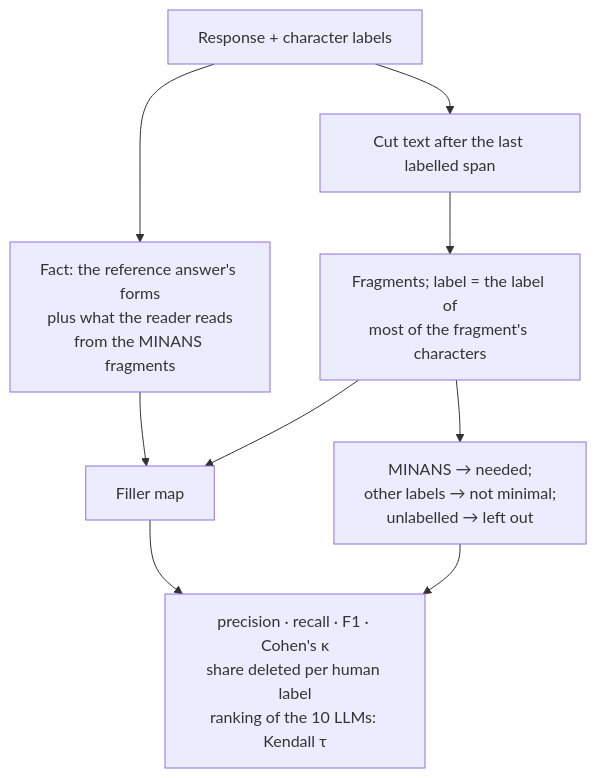
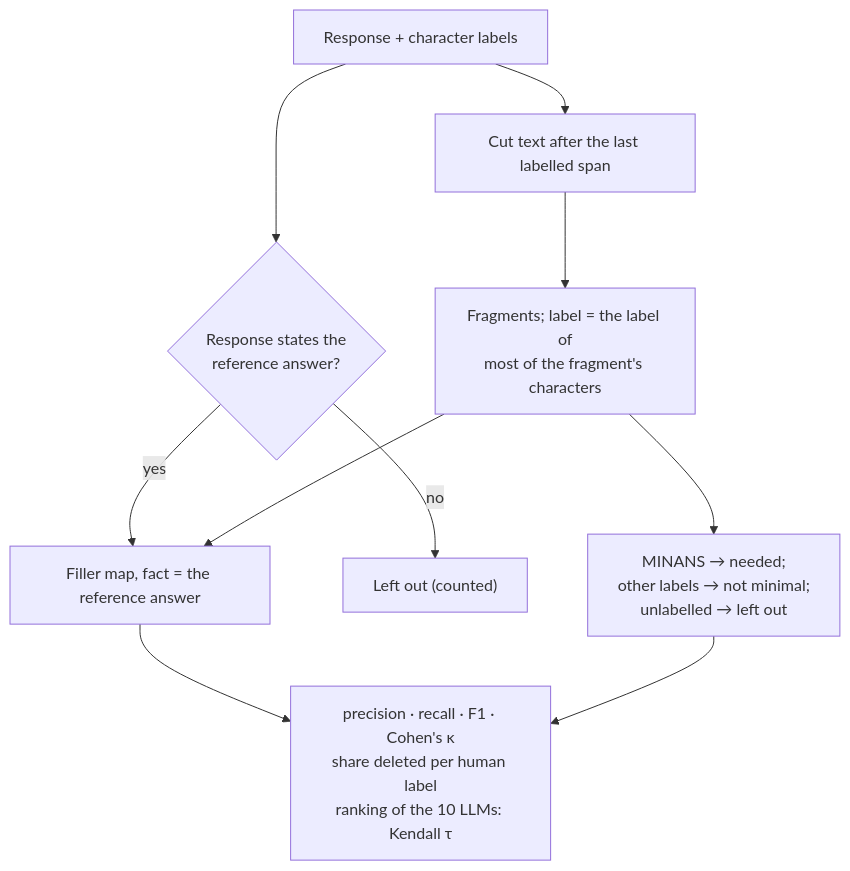
Before and after one commit to DanielVyazhev/llm-water-map: the second of 3 diagrams in docs/validation.md, drawn with Mermaid. The commit also changed other lines of this file and 72 other files, not shown here.

````diff
--- a/docs/validation.md
+++ b/docs/validation.md
@@ -63,11 +72,12 @@
 ```mermaid
 flowchart TD
     A["Response + character labels"] --> C["Cut text after the last labelled span"]
     C --> S["Fragments; label = the label of<br>most of the fragment's characters"]
     S --> T["MINANS → needed;<br>other labels → not minimal;<br>unlabelled → left out"]
-    A --> F["Fact: the reference answer's forms<br>plus what the reader reads<br>from the MINANS fragments"]
-    F --> M["Filler map"]
+    A --> F{"Response states the<br>reference answer?"}
+    F -->|no| X["Left out (counted)"]
+    F -->|yes| M["Filler map, fact = the reference answer"]
     S --> M
     M --> E["precision · recall · F1 · Cohen's κ<br>share deleted per human label<br>ranking of the 10 LLMs: Kendall τ"]
     T --> E
 ```
````
